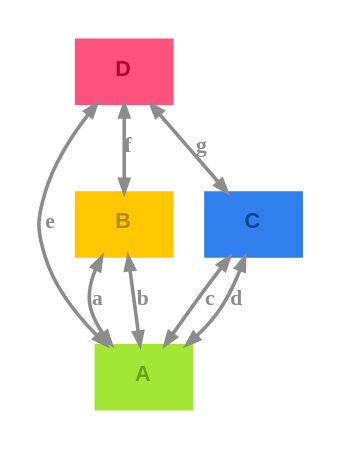
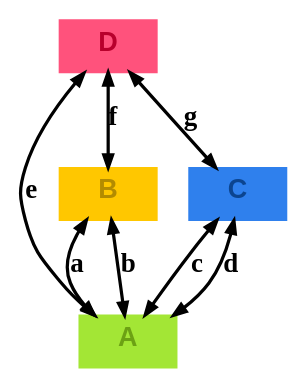
One commit to m-bock/purescript-transit changed the diagram in renders/bridges-koenigsberg_graph-light.dot. Above: the diagram before and after it, drawn with Graphviz. The commit also changed 41 other files, not shown here.

Commit message:
Enhance Graphviz integration and update tutorial examples; modify rendering options for various themes, improve state diagram generation for DoorPin and Bridges of Königsberg, and refine documentation for clarity and consistency across examples.

```diff
--- a/renders/bridges-koenigsberg_graph-light.dot
+++ b/renders/bridges-koenigsberg_graph-light.dot
@@ -1,15 +1,15 @@
 digraph 
 {
-rankdir = "TD";fontname = "Arial";labelloc = "t";fontsize = 12;bgcolor = "#ffffff";color = "#000000";fontcolor = "#000000";pad = 0.2;layout = "dot";rankdir = "TD"
-A [shape = "box", label = <<b>A</b>>, fontsize = 12, style = "filled", fillcolor = "#a3e635", fontcolor = "#6ca114", color = "#a3e635", fontname = "Arial", labelloc = "c", penwidth = 1.0]
-B [shape = "box", label = <<b>B</b>>, fontsize = 12, style = "filled", fillcolor = "#ffc700", fontcolor = "#b38b00", color = "#ffc700", fontname = "Arial", labelloc = "c", penwidth = 1.0]
-B -> A [color = "#8c8c8c", fontcolor = "#8c8c8c", fontsize = 12, label = <<b>a</b>>, arrowsize = "0.7", penwidth = 2.0, dir = "both"]
-B -> A [color = "#8c8c8c", fontcolor = "#8c8c8c", fontsize = 12, label = <<b>b</b>>, arrowsize = "0.7", penwidth = 2.0, dir = "both"]
-C [shape = "box", label = <<b>C</b>>, fontsize = 12, style = "filled", fillcolor = "#2f80ed", fontcolor = "#0c4590", color = "#2f80ed", fontname = "Arial", labelloc = "c", penwidth = 1.0]
-C -> A [color = "#8c8c8c", fontcolor = "#8c8c8c", fontsize = 12, label = <<b>c</b>>, arrowsize = "0.7", penwidth = 2.0, dir = "both"]
-C -> A [color = "#8c8c8c", fontcolor = "#8c8c8c", fontsize = 12, label = <<b>d</b>>, arrowsize = "0.7", penwidth = 2.0, dir = "both"]
-D [shape = "box", label = <<b>D</b>>, fontsize = 12, style = "filled", fillcolor = "#ff527c", fontcolor = "#b8002c", color = "#ff527c", fontname = "Arial", labelloc = "c", penwidth = 1.0]
-D -> A [color = "#8c8c8c", fontcolor = "#8c8c8c", fontsize = 12, label = <<b>e</b>>, arrowsize = "0.7", penwidth = 2.0, dir = "both"]
-D -> B [color = "#8c8c8c", fontcolor = "#8c8c8c", fontsize = 12, label = <<b>f</b>>, arrowsize = "0.7", penwidth = 2.0, dir = "both"]
-D -> C [color = "#8c8c8c", fontcolor = "#8c8c8c", fontsize = 12, label = <<b>g</b>>, arrowsize = "0.7", penwidth = 2.0, dir = "both"]
+rankdir = "TD";fontname = "Arial";labelloc = "t";fontsize = 15.0;bgcolor = "#ffffff";color = "#000000";fontcolor = "#000000";layout = "dot";rankdir = "TD"
+A [shape = "box", label = <<b>A</b>>, fontsize = 15.0, style = "filled", fillcolor = "#a3e635", fontcolor = "#6ca114", color = "#a3e635", fontname = "Arial", labelloc = "c", penwidth = 1.0, height = 0.4]
+B [shape = "box", label = <<b>B</b>>, fontsize = 15.0, style = "filled", fillcolor = "#ffc700", fontcolor = "#b38b00", color = "#ffc700", fontname = "Arial", labelloc = "c", penwidth = 1.0, height = 0.4]
+B -> A [color = "#000000", fontcolor = "#000000", fontsize = 15.0, label = <<b>a</b>>, arrowsize = "0.7", penwidth = 1.8, dir = "both"]
+B -> A [color = "#000000", fontcolor = "#000000", fontsize = 15.0, label = <<b>b</b>>, arrowsize = "0.7", penwidth = 1.8, dir = "both"]
+C [shape = "box", label = <<b>C</b>>, fontsize = 15.0, style = "filled", fillcolor = "#2f80ed", fontcolor = "#0c4590", color = "#2f80ed", fontname = "Arial", labelloc = "c", penwidth = 1.0, height = 0.4]
+C -> A [color = "#000000", fontcolor = "#000000", fontsize = 15.0, label = <<b>c</b>>, arrowsize = "0.7", penwidth = 1.8, dir = "both"]
+C -> A [color = "#000000", fontcolor = "#000000", fontsize = 15.0, label = <<b>d</b>>, arrowsize = "0.7", penwidth = 1.8, dir = "both"]
+D [shape = "box", label = <<b>D</b>>, fontsize = 15.0, style = "filled", fillcolor = "#ff527c", fontcolor = "#b8002c", color = "#ff527c", fontname = "Arial", labelloc = "c", penwidth = 1.0, height = 0.4]
+D -> A [color = "#000000", fontcolor = "#000000", fontsize = 15.0, label = <<b>e</b>>, arrowsize = "0.7", penwidth = 1.8, dir = "both"]
+D -> B [color = "#000000", fontcolor = "#000000", fontsize = 15.0, label = <<b>f</b>>, arrowsize = "0.7", penwidth = 1.8, dir = "both"]
+D -> C [color = "#000000", fontcolor = "#000000", fontsize = 15.0, label = <<b>g</b>>, arrowsize = "0.7", penwidth = 1.8, dir = "both"]
 }
```
